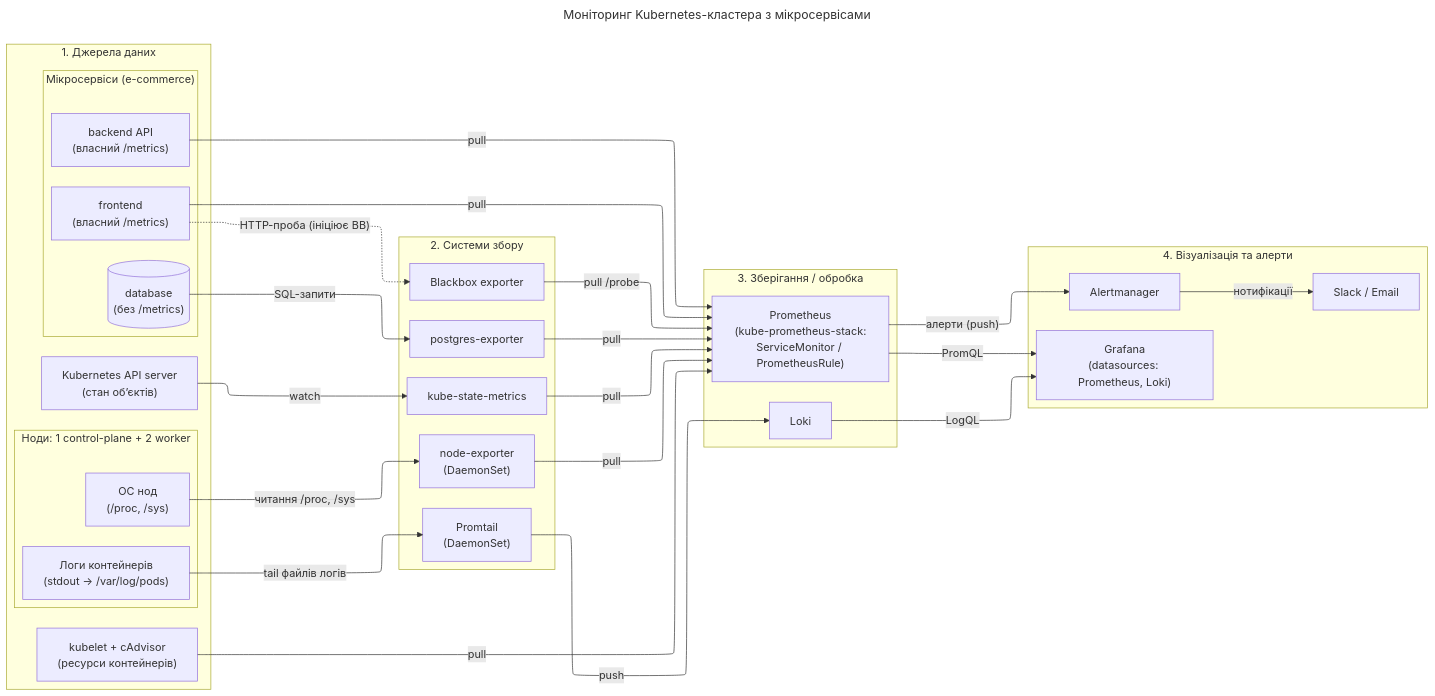
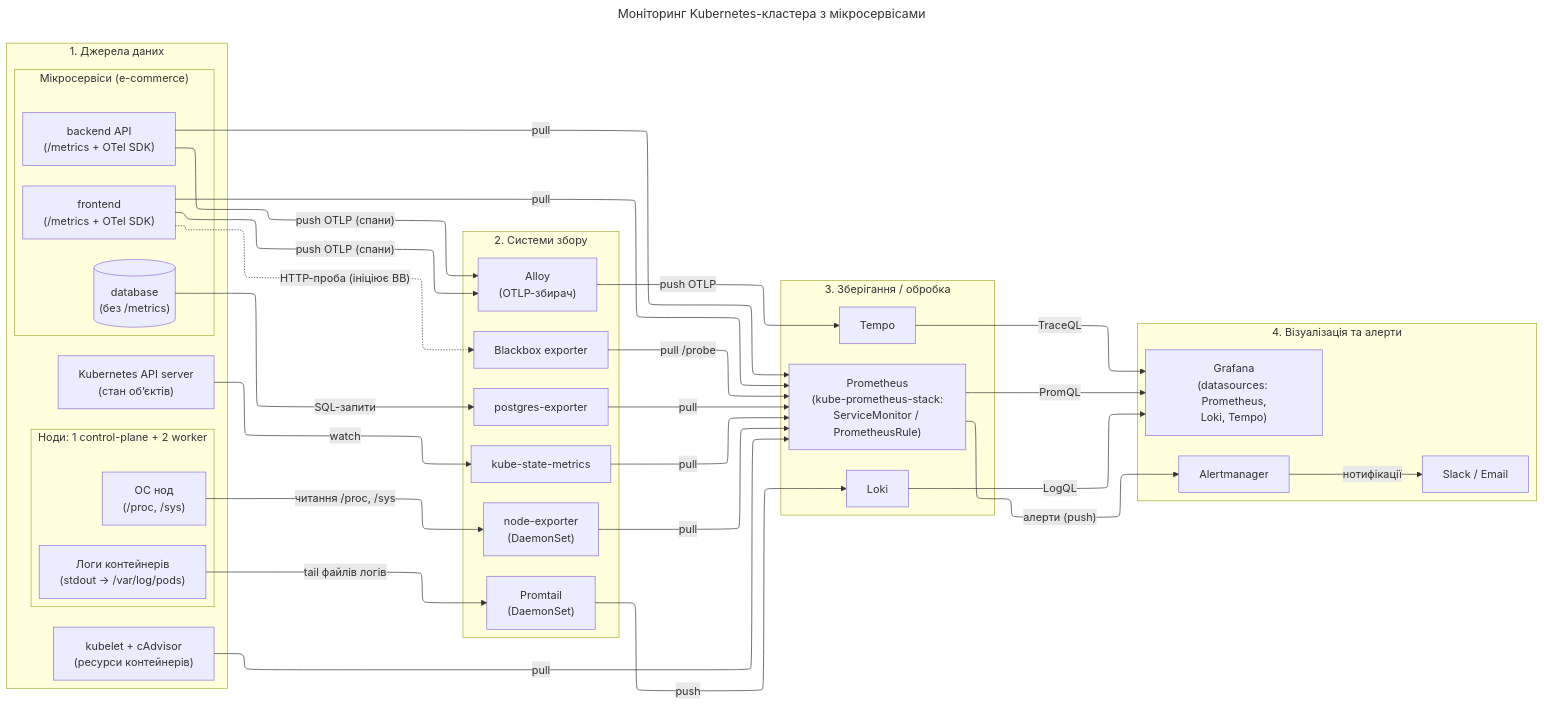
One commit to lishafaiev/prometheus-grafana-course changed the diagram in lessons/12-project-defense/README.md. Above: the diagram before and after it, drawn with Mermaid. The commit also changed other lines of this file and 3 other files, not shown here.

Commit message:
Курсовий проєкт: трейси в діаграмі (Tempo + Alloy)

````diff
--- a/lessons/12-project-defense/README.md
+++ b/lessons/12-project-defense/README.md
@@ -36,70 +38,78 @@
 ```mermaid
 ---
 title: "Моніторинг Kubernetes-кластера з мікросервісами"
 config:
   layout: elk
   theme: default
 ---
 flowchart LR
   %% ── Шар 1. Джерела даних ─────────────────────────────
   subgraph SRC["1. Джерела даних"]
     subgraph APPS["Мікросервіси (e-commerce)"]
-      FE["frontend<br/>(власний /metrics)"]
-      BE["backend API<br/>(власний /metrics)"]
+      FE["frontend<br/>(/metrics + OTel SDK)"]
+      BE["backend API<br/>(/metrics + OTel SDK)"]
       DB[("database<br/>(без /metrics)")]
     end
     K8SAPI["Kubernetes API server<br/>(стан обʼєктів)"]
     KUBELET["kubelet + cAdvisor<br/>(ресурси контейнерів)"]
     subgraph NODES["Ноди: 1 control-plane + 2 worker"]
       OS["ОС нод<br/>(/proc, /sys)"]
       CLOGS["Логи контейнерів<br/>(stdout → /var/log/pods)"]
     end
   end
 
   %% ── Шар 2. Системи збору ─────────────────────────────
   subgraph COLLECT["2. Системи збору"]
     BB["Blackbox exporter"]
+    ALLOY["Alloy<br/>(OTLP-збирач)"]
     DBEXP["postgres-exporter"]
     KSM["kube-state-metrics"]
     NE["node-exporter<br/>(DaemonSet)"]
     PT["Promtail<br/>(DaemonSet)"]
   end
 
   %% ── Шар 3. Зберігання / обробка ──────────────────────
   subgraph STORE["3. Зберігання / обробка"]
     PROM["Prometheus<br/>(kube-prometheus-stack:<br/>ServiceMonitor / PrometheusRule)"]
     LOKI["Loki"]
+    TEMPO["Tempo"]
   end
 
   %% ── Шар 4. Візуалізація та алерти ────────────────────
   subgraph VIS["4. Візуалізація та алерти"]
     AM["Alertmanager"]
     NOTIF["Slack / Email"]
-    GRAF["Grafana<br/>(datasources: Prometheus, Loki)"]
+    GRAF["Grafana<br/>(datasources: Prometheus,<br/>Loki, Tempo)"]
   end
 
   %% Джерела → збір (порядок = порядок вузлів у колонках)
   FE -.->|"HTTP-проба (ініціює BB)"| BB
   DB -->|"SQL-запити"| DBEXP
   K8SAPI -->|"watch"| KSM
   OS -->|"читання /proc, /sys"| NE
   CLOGS -->|"tail файлів логів"| PT
 
   %% Збір → зберігання (метрики: pull, ініціює Prometheus)
   BB -->|"pull /probe"| PROM
   DBEXP -->|"pull"| PROM
   KSM -->|"pull"| PROM
   NE -->|"pull"| PROM
   FE -->|"pull"| PROM
   BE -->|"pull"| PROM
   KUBELET -->|"pull"| PROM
 
   %% Логи: push, ініціює Promtail
   PT -->|"push"| LOKI
 
+  %% Трейси: push OTLP, ініціюють застосунки (OTel SDK)
+  FE -->|"push OTLP (спани)"| ALLOY
+  BE -->|"push OTLP (спани)"| ALLOY
+  ALLOY -->|"push OTLP"| TEMPO
+
   %% Зберігання → візуалізація та алерти
   PROM -->|"алерти (push)"| AM
   AM -->|"нотифікації"| NOTIF
   PROM -->|"PromQL"| GRAF
   LOKI -->|"LogQL"| GRAF
+  TEMPO -->|"TraceQL"| GRAF
 ```
````
